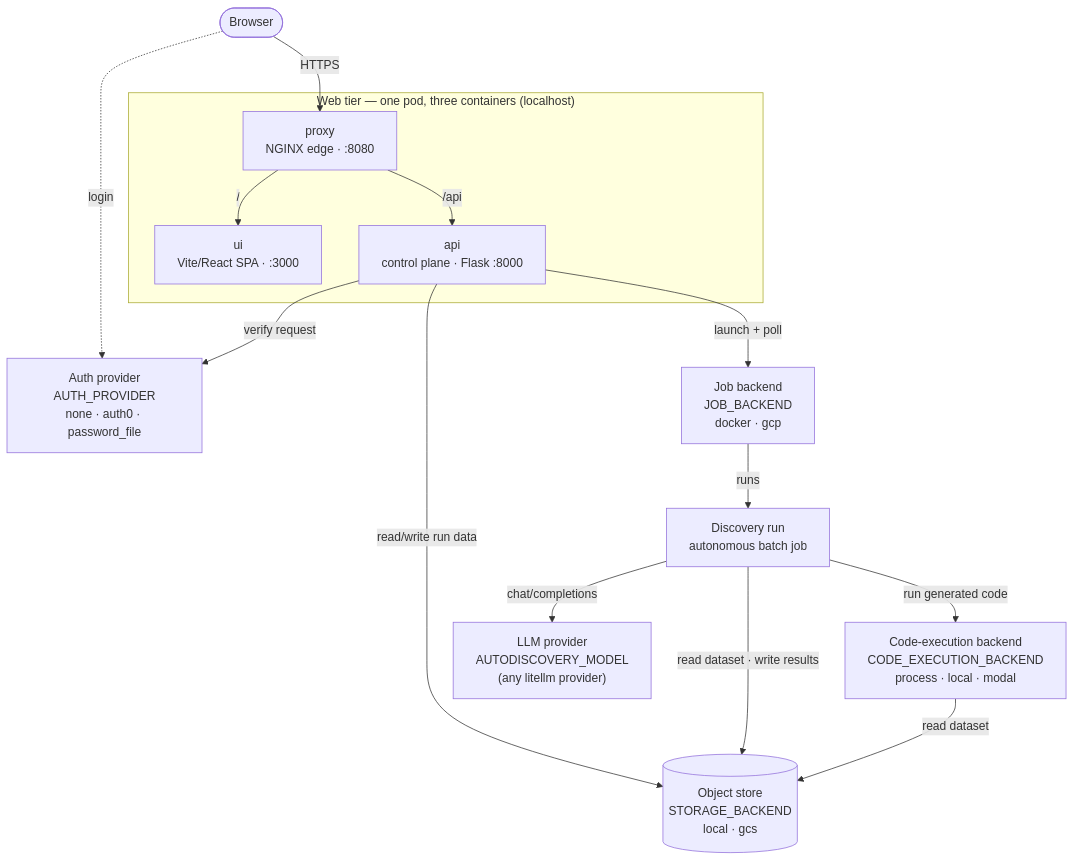
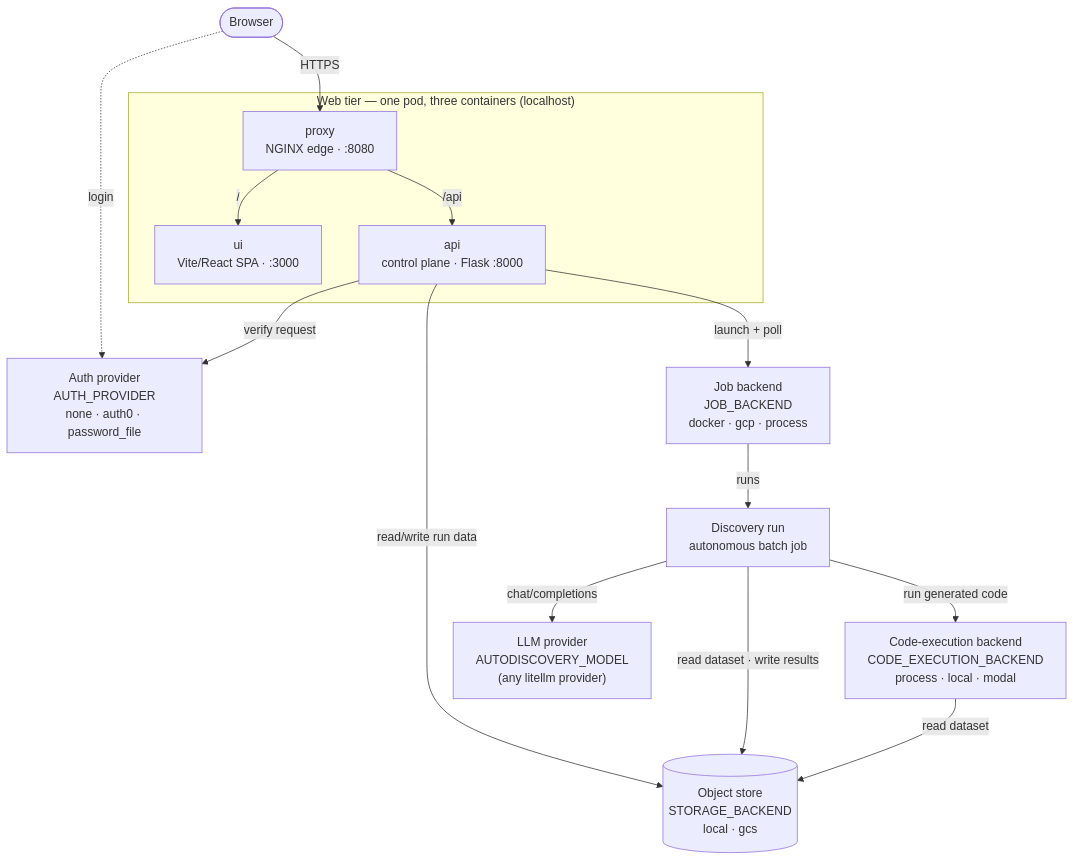
One commit to allenai/asta-autodiscovery changed the second of 2 diagrams in docs/design/architecture.md. Above: the diagram before and after it, drawn with Mermaid. The commit also changed other lines of this file and 9 other files, not shown here.

First line of the commit message:
Rework the local runtime backend as JOB_BACKEND=process

````diff
--- a/docs/design/architecture.md
+++ b/docs/design/architecture.md
@@ -132,33 +132,33 @@
 ```mermaid
 flowchart TB
     user([Browser])
 
     subgraph web["Web tier — one pod, three containers (localhost)"]
         proxy["proxy<br/>NGINX edge · :8080"]
         ui["ui<br/>Vite/React SPA · :3000"]
         api["api<br/>control plane · Flask :8000"]
     end
 
     job["Discovery run<br/>autonomous batch job"]
 
     auth["Auth provider<br/>AUTH_PROVIDER<br/>none · auth0 · password_file"]
     store[("Object store<br/>STORAGE_BACKEND<br/>local · gcs")]
-    jobbe["Job backend<br/>JOB_BACKEND<br/>docker · gcp"]
+    jobbe["Job backend<br/>JOB_BACKEND<br/>docker · gcp · process"]
     code["Code-execution backend<br/>CODE_EXECUTION_BACKEND<br/>process · local · modal"]
     llm["LLM provider<br/>AUTODISCOVERY_MODEL<br/>(any litellm provider)"]
 
     user -->|HTTPS| proxy
     proxy -->|/| ui
     proxy -->|/api| api
     user -.->|login| auth
 
     api -->|verify request| auth
     api -->|read/write run data| store
     api -->|launch + poll| jobbe
     jobbe -->|runs| job
 
     job -->|read dataset · write results| store
     job -->|chat/completions| llm
     job -->|run generated code| code
     code -->|read dataset| store
 ```
````
